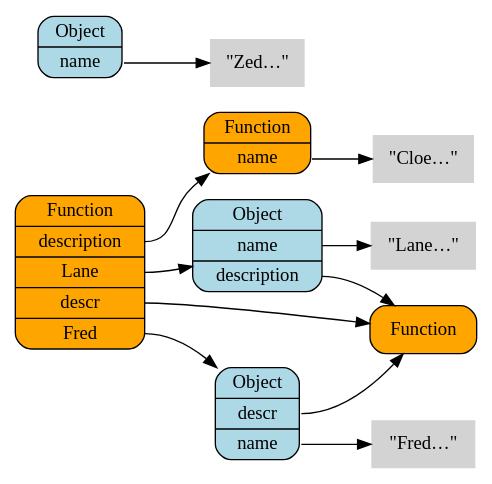
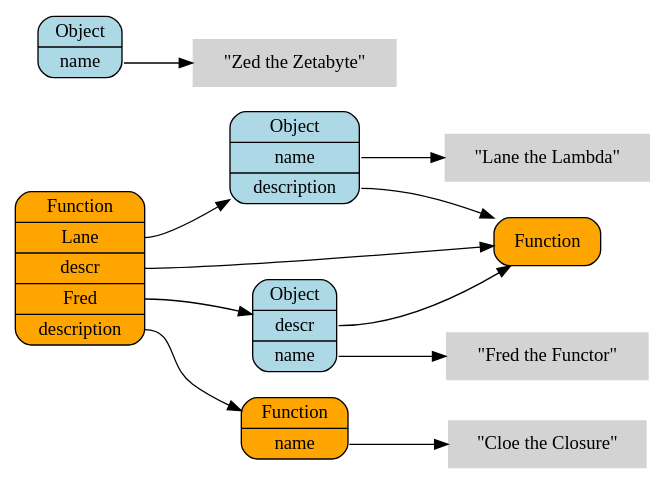
The diagram in articles/object-graphs/variables.dot (creationix/howtonode.org), drawn with Graphviz before and after one commit.

Commit message:
Clean up the labels a bit.

```diff
--- a/articles/object-graphs/variables.dot
+++ b/articles/object-graphs/variables.dot
@@ -1,40 +1,40 @@
 digraph finite_state_machine {
 	size="8,5"
 	rankdir = "LR"
 
   /* Variables */
 /*
   node [shape = plaintext];
   description
   Lane
   Fred
   descr
 */
   /* Functions */
   node [shape = Mrecord, fillcolor=orange, style=filled];
-  global [label="<__proto__>Function|<description>description|<Lane>Lane|<descr>descr|<Fred>Fred"];
+  global [label="<__proto__>Function|<Lane>Lane|<descr>descr|<Fred>Fred|<description>description"];
   fn1 [label="<__proto__>Function"];
   fn2 [label = "<__proto__>Function|<name>name"];
   /* Objects */
   node [shape = Mrecord, fillcolor=lightBlue, style=filled];
   obj1 [label = "<__proto__>Object|<name>name | <description> description"];
   obj2 [label = "<__proto__>Object|<descr> descr | <name>name"];
   obj3 [label = "<__proto__>Object|<name>name"];
   /* Strings */
   node [shape = plaintext, fillcolor=lightGrey, style=filled];
-  name [label="\"Lane…\""]
-  name2 [label="\"Fred…\""]
-  name3 [label="\"Zed…\""]
-  name4 [label="\"Cloe…\""]
+  name [label="\"Lane the Lambda\""]
+  name2 [label="\"Fred the Functor\""]
+  name3 [label="\"Zed the Zetabyte\""]
+  name4 [label="\"Cloe the Closure\""]
 
   global:Lane -> obj1;
   obj1:name -> name;
   obj1:description -> fn1;
   global:Fred -> obj2;
   obj2:name -> name2;
   obj2:descr -> fn1;
   obj3:name -> name3;
   global:descr -> fn1;
   global:description -> fn2;
   fn2:name -> name4;
 }
```
